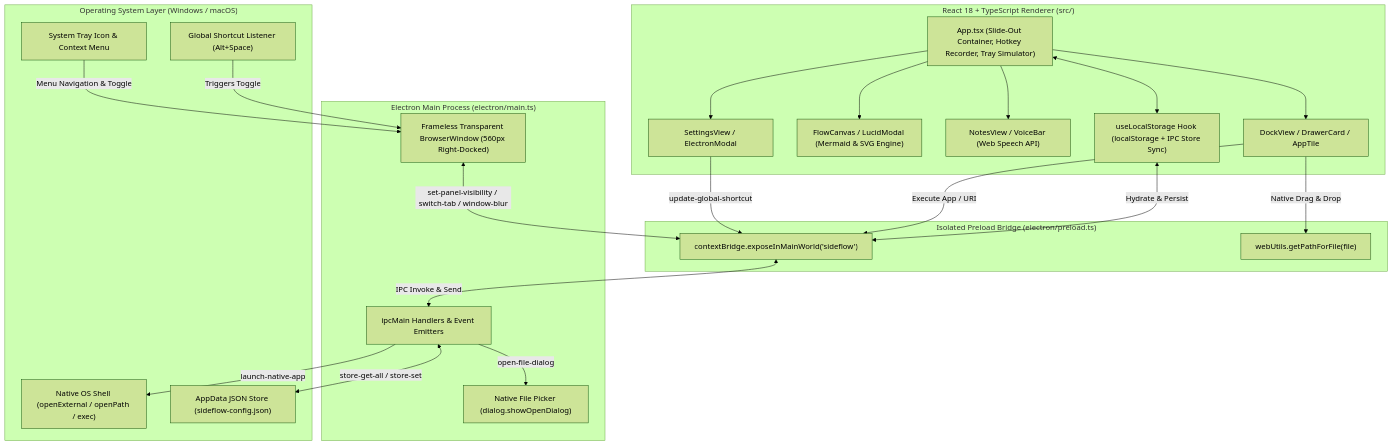
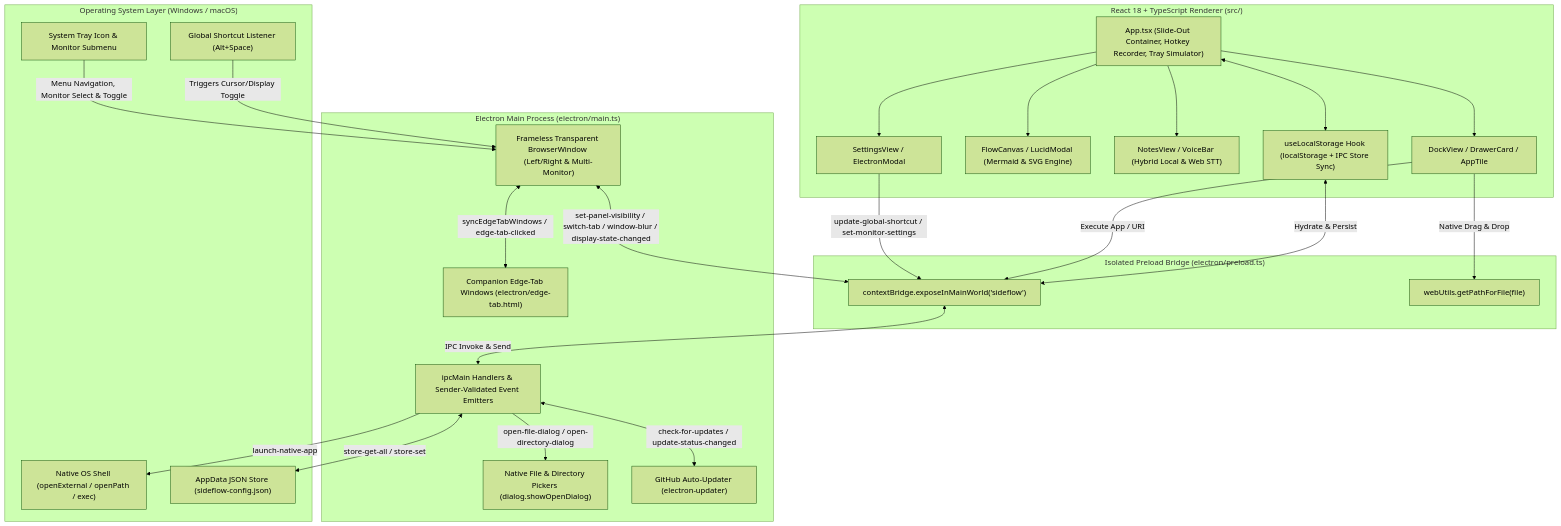
The diagram in README.md (NeoShadow7366/SideFlow), drawn with Mermaid (forest theme) before and after one commit. The commit also changed other lines of this file and 27 other files, not shown here.

First line of the commit message:
feat: add multi-monitor display routing, companion edge tabs, and WCAG 2.2 AA accessibility suite

````diff
--- a/README.md
+++ b/README.md
@@ -85,46 +93,50 @@
 ```mermaid
 flowchart TB
     subgraph OS["Operating System Layer (Windows / macOS)"]
-        Tray["System Tray Icon & Context Menu"]
+        Tray["System Tray Icon & Monitor Submenu"]
         Hotkey["Global Shortcut Listener (Alt+Space)"]
         Shell["Native OS Shell (openExternal / openPath / exec)"]
         FS["AppData JSON Store (sideflow-config.json)"]
     end
 
     subgraph Main["Electron Main Process (electron/main.ts)"]
-        WinMgr["Frameless Transparent BrowserWindow (560px Right-Docked)"]
-        IPCMain["ipcMain Handlers & Event Emitters"]
-        Dialog["Native File Picker (dialog.showOpenDialog)"]
+        WinMgr["Frameless Transparent BrowserWindow (Left/Right & Multi-Monitor)"]
+        EdgeTabs["Companion Edge-Tab Windows (electron/edge-tab.html)"]
+        IPCMain["ipcMain Handlers & Sender-Validated Event Emitters"]
+        Dialog["Native File & Directory Pickers (dialog.showOpenDialog)"]
+        Updater["GitHub Auto-Updater (electron-updater)"]
     end
 
     subgraph Preload["Isolated Preload Bridge (electron/preload.ts)"]
         Bridge["contextBridge.exposeInMainWorld('sideflow')"]
         WebUtils["webUtils.getPathForFile(file)"]
     end
 
     subgraph Renderer["React 18 + TypeScript Renderer (src/)"]
         App["App.tsx (Slide-Out Container, Hotkey Recorder, Tray Simulator)"]
         Dock["DockView / DrawerCard / AppTile"]
         Flow["FlowCanvas / LucidModal (Mermaid & SVG Engine)"]
-        Notes["NotesView / VoiceBar (Web Speech API)"]
+        Notes["NotesView / VoiceBar (Hybrid Local & Web STT)"]
         Settings["SettingsView / ElectronModal"]
         Storage["useLocalStorage Hook (localStorage + IPC Store Sync)"]
     end
 
-    Hotkey -->|"Triggers Toggle"| WinMgr
-    Tray -->|"Menu Navigation & Toggle"| WinMgr
-    WinMgr <-->|"set-panel-visibility / switch-tab / window-blur"| Bridge
+    Hotkey -->|"Triggers Cursor/Display Toggle"| WinMgr
+    Tray -->|"Menu Navigation, Monitor Select & Toggle"| WinMgr
+    WinMgr <-->|"syncEdgeTabWindows / edge-tab-clicked"| EdgeTabs
+    WinMgr <-->|"set-panel-visibility / switch-tab / window-blur / display-state-changed"| Bridge
     Bridge <-->|"IPC Invoke & Send"| IPCMain
     IPCMain -->|"launch-native-app"| Shell
-    IPCMain -->|"open-file-dialog"| Dialog
+    IPCMain -->|"open-file-dialog / open-directory-dialog"| Dialog
+    IPCMain <-->|"check-for-updates / update-status-changed"| Updater
     IPCMain <-->|"store-get-all / store-set"| FS
     App --> Dock
     App --> Flow
     App --> Notes
     App --> Settings
     App <--> Storage
     Storage <-->|"Hydrate & Persist"| Bridge
     Dock -->|"Native Drag & Drop"| WebUtils
     Dock -->|"Execute App / URI"| Bridge
-    Settings -->|"update-global-shortcut"| Bridge
+    Settings -->|"update-global-shortcut / set-monitor-settings"| Bridge
 ```
````
